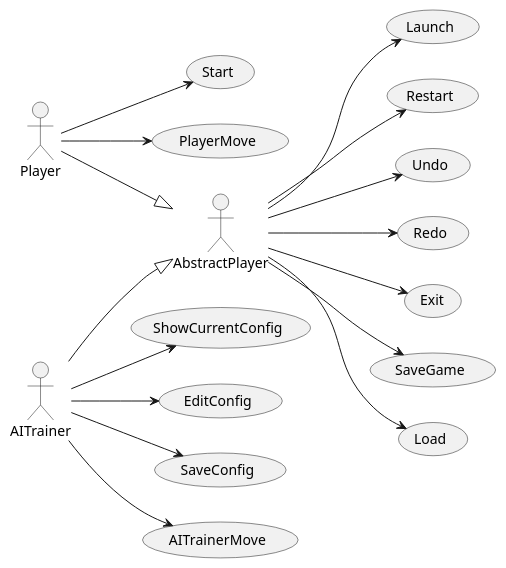
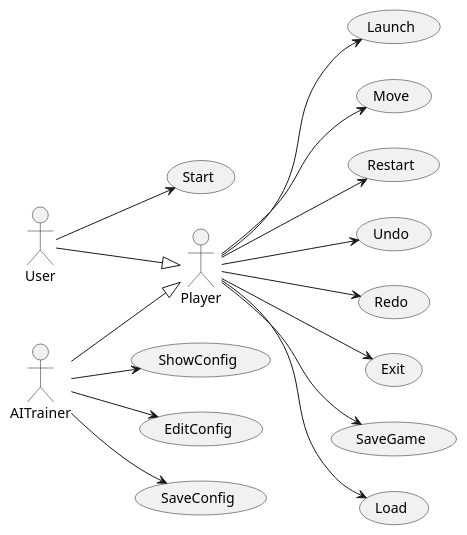
Before and after one commit to Master-Desarrollo-20-21/patrones-diseno---practica-final---juego-de-las-damas-fraylopez: the diagram in docs/src/use-cases/use-cases.plantuml, drawn with PlantUML. The commit also changed 13 other files, not shown here.

```diff
--- a/docs/src/use-cases/use-cases.plantuml
+++ b/docs/src/use-cases/use-cases.plantuml
@@ -1,41 +1,42 @@
 @startuml UseCases
 left to right direction
+actor User
+actor AITrainer
 actor Player
-actor AITrainer
-actor AbstractPlayer
 
-AITrainer -down-|> AbstractPlayer
-Player -down-|> AbstractPlayer
+AITrainer -down-|> Player
+User -down-|> Player
 
 usecase Launch
 usecase Start
-usecase PlayerMove
+usecase Move
 usecase Restart
 usecase Undo
 usecase Redo
 usecase Exit
 usecase SaveGame
 usecase Load
 
-AbstractPlayer --> Launch
-AbstractPlayer --> Undo
-AbstractPlayer --> Redo
-AbstractPlayer --> Exit
-AbstractPlayer --> SaveGame
-AbstractPlayer --> Restart
-AbstractPlayer --> Load
+Player --> Launch
+Player --> Undo
+Player --> Redo
+Player --> Exit
+Player --> SaveGame
+Player --> Restart
+Player --> Load
+Player --> Move
 
-Player --> Start
-Player --> PlayerMove
+User --> Start
+' User --> Move
 
-usecase ShowCurrentConfig
+usecase ShowConfig
 usecase EditConfig
 usecase SaveConfig
-usecase AITrainerMove
+' usecase AITrainerMove
 
-AITrainer --> ShowCurrentConfig
+AITrainer --> ShowConfig
 AITrainer --> EditConfig
 AITrainer --> SaveConfig
-AITrainer --> AITrainerMove
+' AITrainer --> AITrainerMove
 
 @enduml
```
